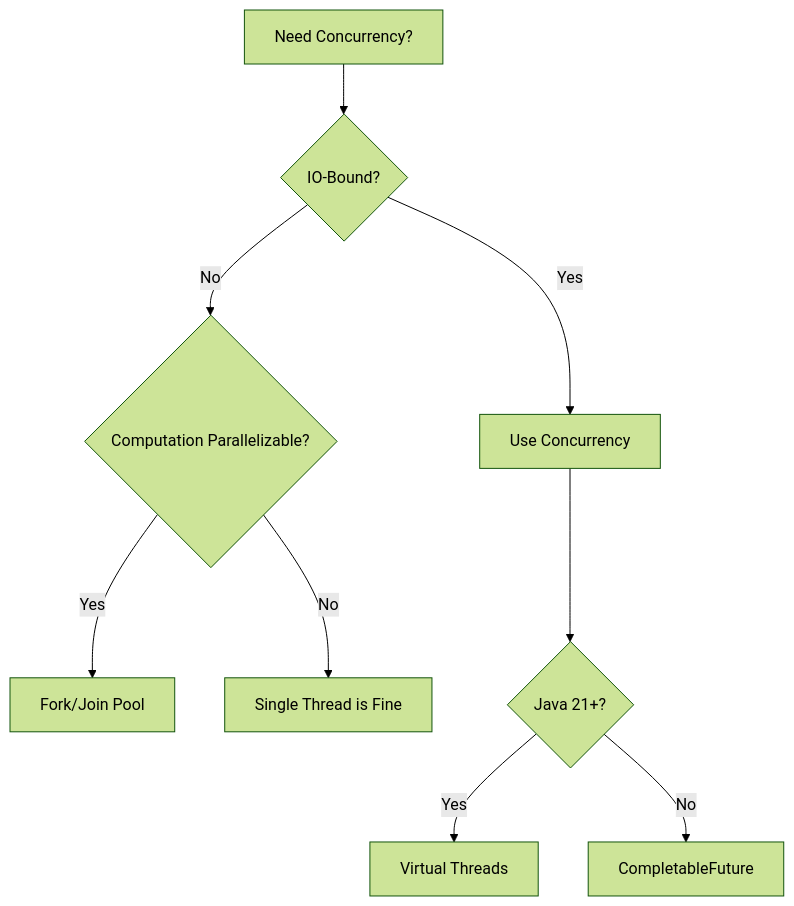
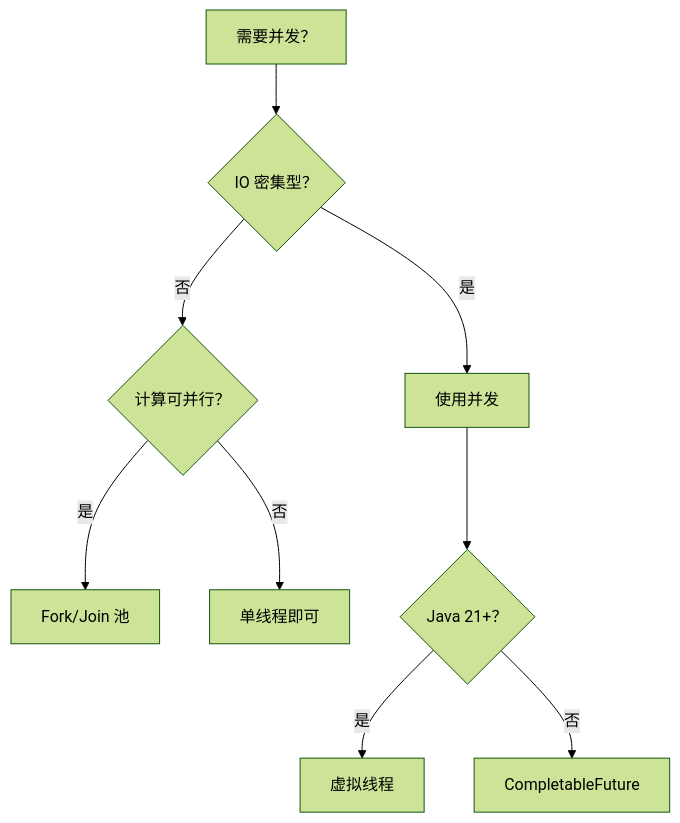
One commit to YiWang24/AiDIY changed the second of 8 diagrams in i18n/zh-Hans/docusaurus-plugin-content-docs/current/engineering/backend/concurrency.md. Above: the diagram before and after it, drawn with Mermaid (forest theme). The commit also changed other lines of this file and 26 other files, not shown here.

````diff
--- a/i18n/zh-Hans/docusaurus-plugin-content-docs/current/engineering/backend/concurrency.md
+++ b/i18n/zh-Hans/docusaurus-plugin-content-docs/current/engineering/backend/concurrency.md
@@ -119,11 +119,11 @@
 ```mermaid
 flowchart TD
-    A[Need Concurrency?] --> B{IO-Bound?}
-    B -->|Yes| C[Use Concurrency]
-    B -->|No| D{Computation Parallelizable?}
-    D -->|Yes| E[Fork/Join Pool]
-    D -->|No| F[Single Thread is Fine]
-    C --> G{Java 21+?}
-    G -->|Yes| H[Virtual Threads]
-    G -->|No| I[CompletableFuture]
+    A[需要并发？] --> B{IO 密集型？}
+    B -->|是| C[使用并发]
+    B -->|否| D{计算可并行？}
+    D -->|是| E[ Fork/Join 池]
+    D -->|否| F[单线程即可]
+    C --> G{Java 21+？}
+    G -->|是| H[虚拟线程]
+    G -->|否| I[CompletableFuture]
 ```
````
